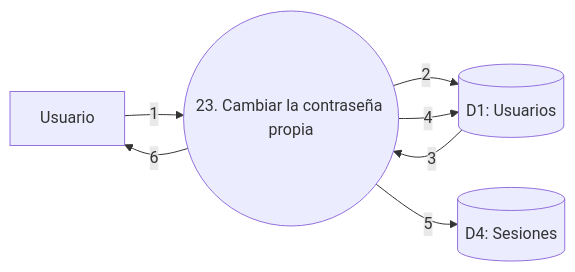
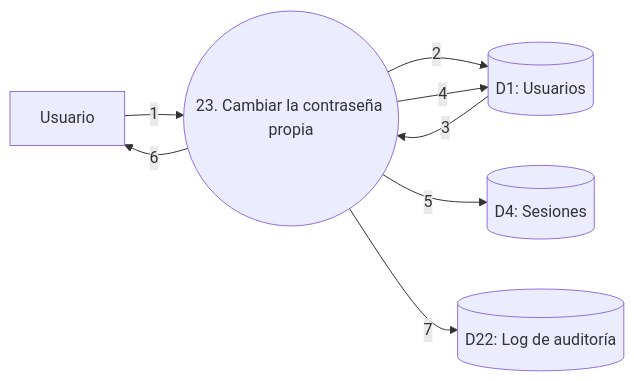
Before and after one commit to fasempertegui/Matchpoint-Taller: diagram 23 of 41 in docs/DFD.md, drawn with Mermaid. The commit also changed other lines of this file and 48 other files, not shown here.

````diff
--- a/docs/DFD.md
+++ b/docs/DFD.md
@@ -698,14 +750,16 @@
 ```mermaid
 flowchart LR
     U[Usuario]
     P((23. Cambiar la contraseña propia))
     D1[(D1: Usuarios)]
     D4[(D4: Sesiones)]
+    D22[(D22: Log de auditoría)]
 
     U -->|1| P
     P -->|2| D1
     D1 -->|3| P
     P -->|4| D1
     P -->|5| D4
     P -->|6| U
+    P -->|7| D22
 ```
````
